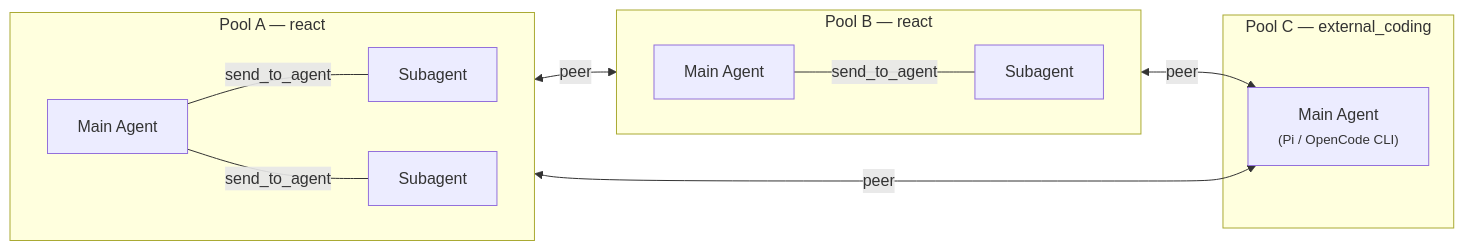
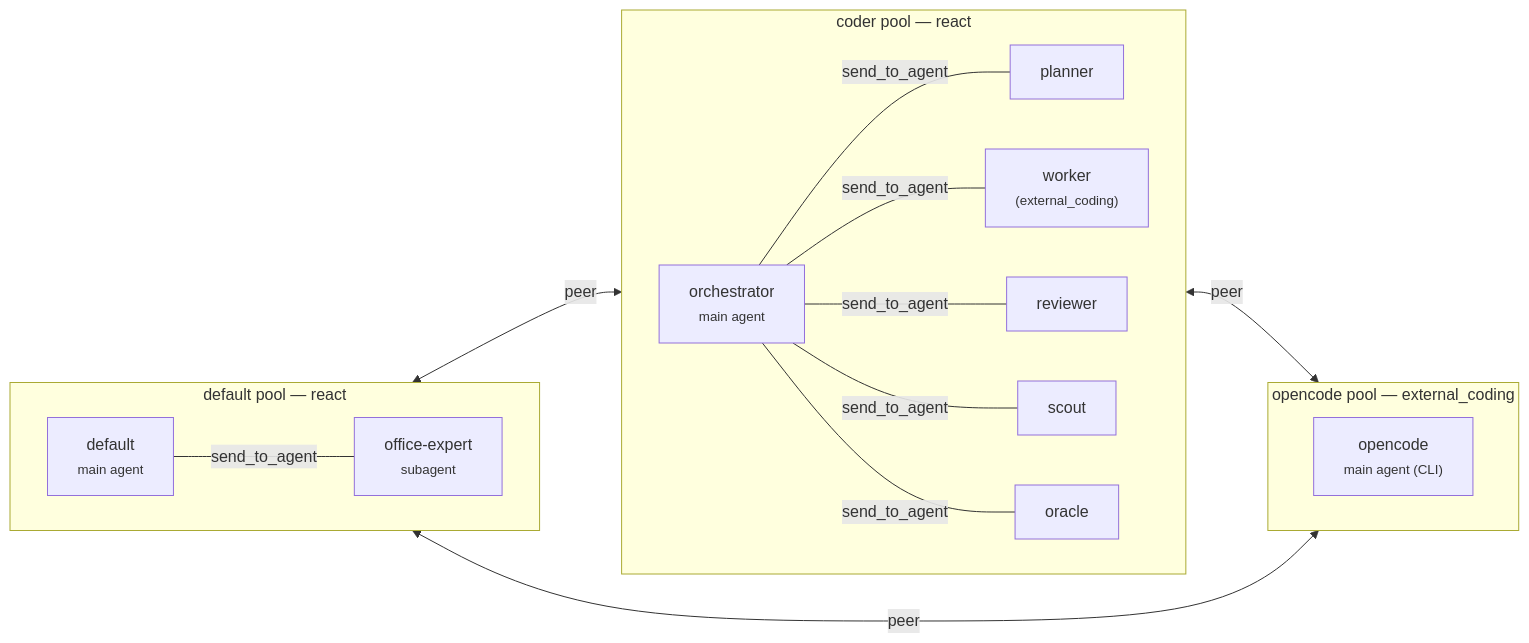
One commit to moyu-er/modex-agent changed the diagram in docs/docs/concepts/multi-agent.en.md. Above: the diagram before and after it, drawn with Mermaid. The commit also changed other lines of this file and 3 other files, not shown here.

````diff
--- a/docs/docs/concepts/multi-agent.en.md
+++ b/docs/docs/concepts/multi-agent.en.md
@@ -30,24 +109,31 @@
 ```mermaid
 flowchart LR
-    subgraph PA["Pool A — react"]
+    subgraph PD["default pool — react"]
         direction LR
-        MA1["Main Agent"]
-        SA1["Subagent"]
-        SA2["Subagent"]
-        MA1 ---|send_to_agent| SA1
-        MA1 ---|send_to_agent| SA2
+        MD["default<br/><small>main agent</small>"]
+        OE["office-expert<br/><small>subagent</small>"]
+        MD ---|send_to_agent| OE
     end
-    subgraph PB["Pool B — react"]
+    subgraph PC["coder pool — react"]
         direction LR
-        MA2["Main Agent"]
-        SA3["Subagent"]
-        MA2 ---|send_to_agent| SA3
+        MO["orchestrator<br/><small>main agent</small>"]
+        PL["planner"]
+        WK["worker<br/><small>(external_coding)</small>"]
+        RV["reviewer"]
+        SC["scout"]
+        OR["oracle"]
+        MO ---|send_to_agent| PL
+        MO ---|send_to_agent| WK
+        MO ---|send_to_agent| RV
+        MO ---|send_to_agent| SC
+        MO ---|send_to_agent| OR
     end
-    subgraph PC["Pool C — external_coding"]
-        MA3["Main Agent<br/><small>(Pi / OpenCode CLI)</small>"]
+    subgraph PE["opencode pool — external_coding"]
+        direction LR
+        MOC["opencode<br/><small>main agent (CLI)</small>"]
     end
 
-    MA1 <-->|peer| MA2
-    MA1 <-->|peer| MA3
-    MA2 <-->|peer| MA3
+    MD <-->|peer| MO
+    MD <-->|peer| MOC
+    MO <-->|peer| MOC
 ```
````
